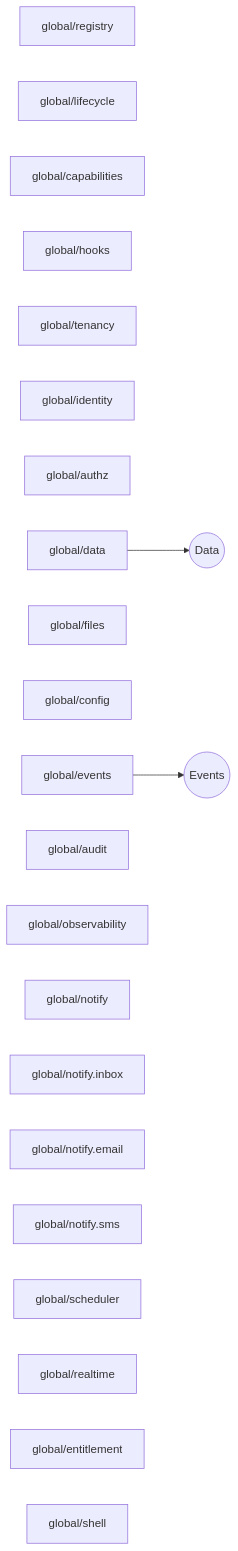
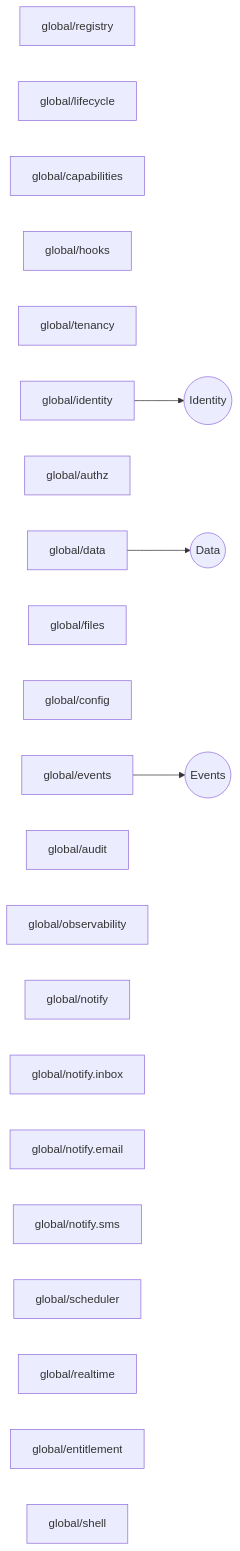
The diagram in docs/generated/seam-graph.md (idadawn/qian), drawn with Mermaid before and after one commit. The commit also changed other lines of this file and 14 other files, not shown here.

````diff
--- a/docs/generated/seam-graph.md
+++ b/docs/generated/seam-graph.md
@@ -12,28 +13,30 @@
 ```mermaid
 flowchart LR
   n0["global/registry"]
   n1["global/lifecycle"]
   n2["global/capabilities"]
   n3["global/hooks"]
   n4["global/tenancy"]
   n5["global/identity"]
   n6["global/authz"]
   n7["global/data"]
   n8["global/files"]
   n9["global/config"]
   n10["global/events"]
   n11["global/audit"]
   n12["global/observability"]
   n13["global/notify"]
   n14["global/notify.inbox"]
   n15["global/notify.email"]
   n16["global/notify.sms"]
   n17["global/scheduler"]
   n18["global/realtime"]
   n19["global/entitlement"]
   n20["global/shell"]
-  s0(("Data"))
-  n7 --> s0
-  s1(("Events"))
-  n10 --> s1
+  s0(("Identity"))
+  n5 --> s0
+  s1(("Data"))
+  n7 --> s1
+  s2(("Events"))
+  n10 --> s2
 ```
````
